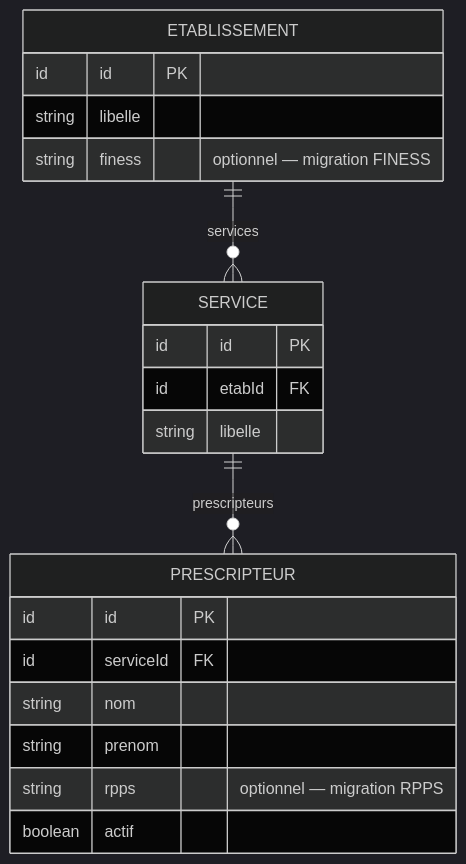
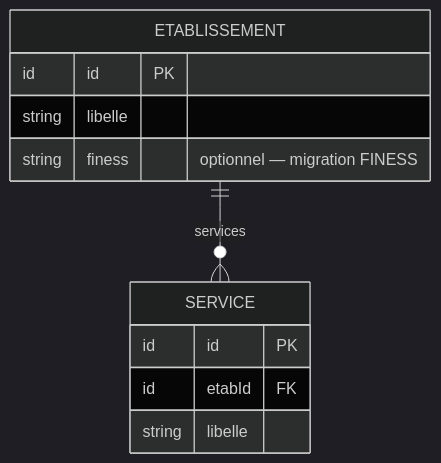
One commit to betagouv/transports-sanitaires changed the second of 2 diagrams in apps/simulateur-eligibilite/docs/knowledge/adr/identification.md. Above: the diagram before and after it, drawn with Mermaid (dark theme). The commit also changed other lines of this file and 4 other files, not shown here.

````diff
--- a/apps/simulateur-eligibilite/docs/knowledge/adr/identification.md
+++ b/apps/simulateur-eligibilite/docs/knowledge/adr/identification.md
@@ -241,23 +256,14 @@
 ```mermaid
 erDiagram
     ETABLISSEMENT ||--o{ SERVICE : "services"
-    SERVICE ||--o{ PRESCRIPTEUR : "prescripteurs"
     ETABLISSEMENT {
         id id PK
         string libelle
         string finess "optionnel — migration FINESS"
     }
     SERVICE {
         id id PK
         id etabId FK
         string libelle
     }
-    PRESCRIPTEUR {
-        id id PK
-        id serviceId FK
-        string nom
-        string prenom
-        string rpps "optionnel — migration RPPS"
-        boolean actif
-    }
 ```
````
